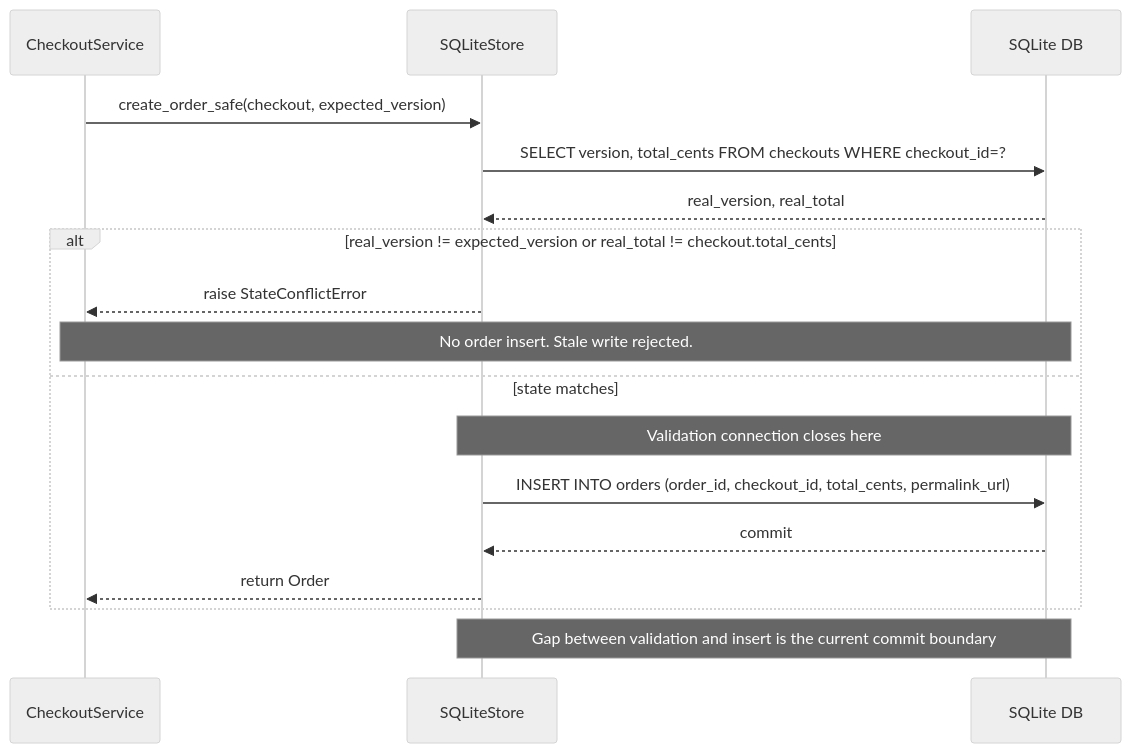
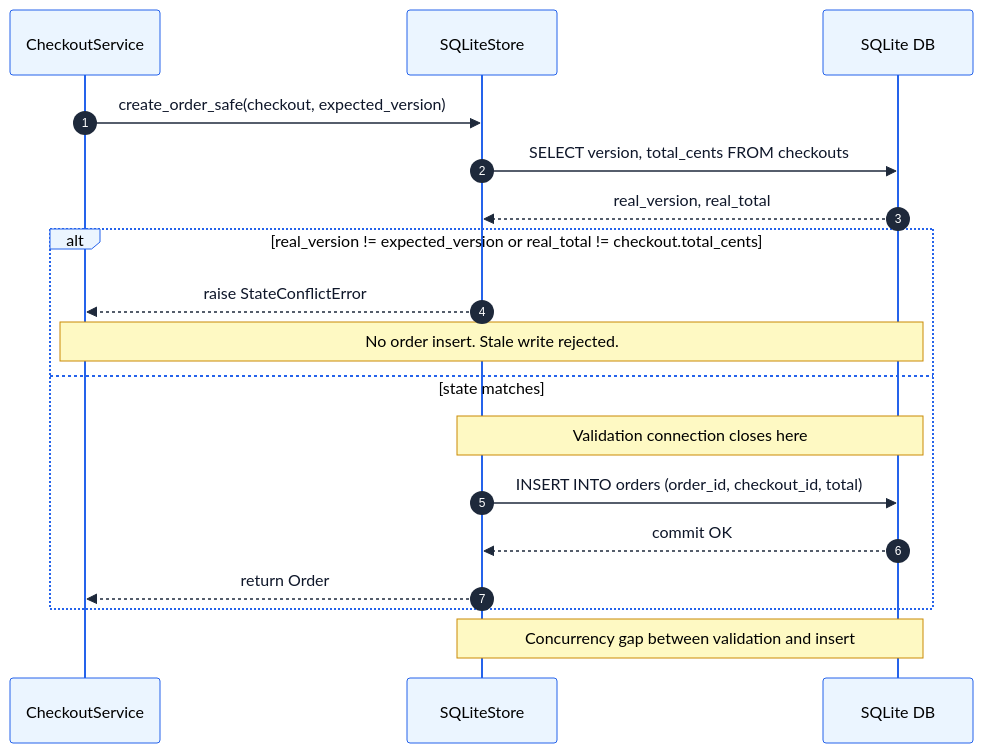
Diagram 13 of 14 in docs/architecture/system_design.md (the-write-path-code/ch11-13-ucp-a2a-payment-integrity), drawn with Mermaid before and after one commit. The commit also changed other lines of this file and 1 other file, not shown here.

Commit message:
docs(ch13): synchronize production mermaid diagrams for Figures 13.1-13.4

````diff
--- a/docs/architecture/system_design.md
+++ b/docs/architecture/system_design.md
@@ -435,23 +478,24 @@
 ```mermaid
-%%{init: {"theme": "neutral", "themeVariables": {"fontFamily": "Arial, Helvetica, sans-serif", "fontSize": "11px", "actorFontSize": "11px", "noteFontSize": "10px", "messageFontSize": "10px"}}}%%
+%%{init: {"theme": "base", "themeVariables": {"fontFamily": "Arial, Helvetica, sans-serif", "fontSize": "28px", "actorFontSize": "32px", "noteFontSize": "26px", "messageFontSize": "28px", "primaryTextColor": "#000000", "lineColor": "#4B5563", "actorBkg": "#EBF5FF", "actorBorder": "#2563EB", "actorTextColor": "#000000", "noteBkgColor": "#FEF9C3", "noteBorderColor": "#CA8A04", "noteTextColor": "#000000", "signalColor": "#1E293B", "signalTextColor": "#0F172A", "sequenceNumberColor": "#FFFFFF"}}}%%
 sequenceDiagram
+    autonumber
     participant S as CheckoutService
     participant Store as SQLiteStore
     participant DB as SQLite DB
 
     S->>Store: create_order_safe(checkout, expected_version)
-    Store->>DB: SELECT version, total_cents FROM checkouts WHERE checkout_id=?
+    Store->>DB: SELECT version, total_cents FROM checkouts
     DB-->>Store: real_version, real_total
 
     alt real_version != expected_version or real_total != checkout.total_cents
         Store-->>S: raise StateConflictError
         Note over S,DB: No order insert. Stale write rejected.
     else state matches
         Note over Store,DB: Validation connection closes here
-        Store->>DB: INSERT INTO orders (order_id, checkout_id, total_cents, permalink_url)
-        DB-->>Store: commit
+        Store->>DB: INSERT INTO orders (order_id, checkout_id, total)
+        DB-->>Store: commit OK
         Store-->>S: return Order
     end
 
-    Note over Store,DB: Gap between validation and insert is the current commit boundary
+    Note over Store,DB: Concurrency gap between validation and insert
 ```
````
